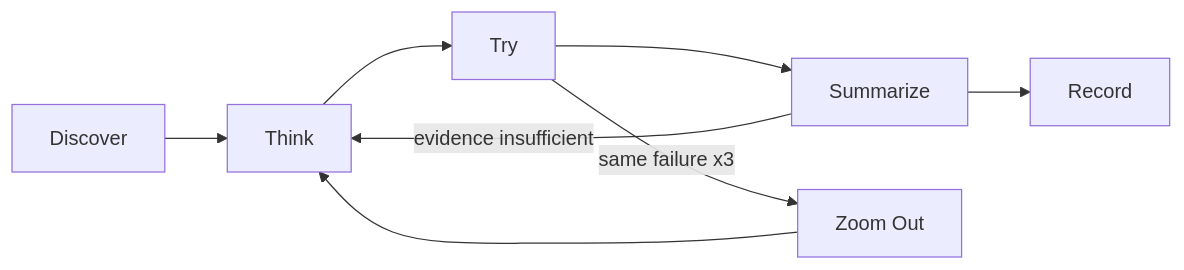
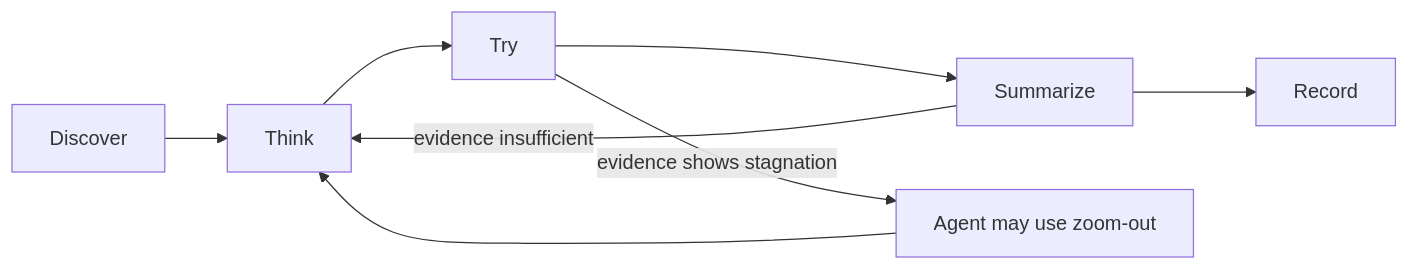
The second of 2 diagrams in harness-everything/references/triage-and-tiers.md (dyphn1/Harness-everything), drawn with Mermaid before and after one commit. The commit also changed other lines of this file and 16 other files, not shown here.

First line of the commit message:
refactor(zoom-out): retire the rule-of-3 recurrence requirement from the router contract

````diff
--- a/harness-everything/references/triage-and-tiers.md
+++ b/harness-everything/references/triage-and-tiers.md
@@ -130,10 +130,10 @@
 ```mermaid
 flowchart LR
     D[Discover] --> T[Think]
     T --> Y[Try]
     Y --> S[Summarize]
     S --> R[Record]
     S -- evidence insufficient --> T
-    Y -- same failure x3 --> Z[Zoom Out]
+    Y -- evidence shows stagnation --> Z[Agent may use zoom-out]
     Z --> T
 ```
````
